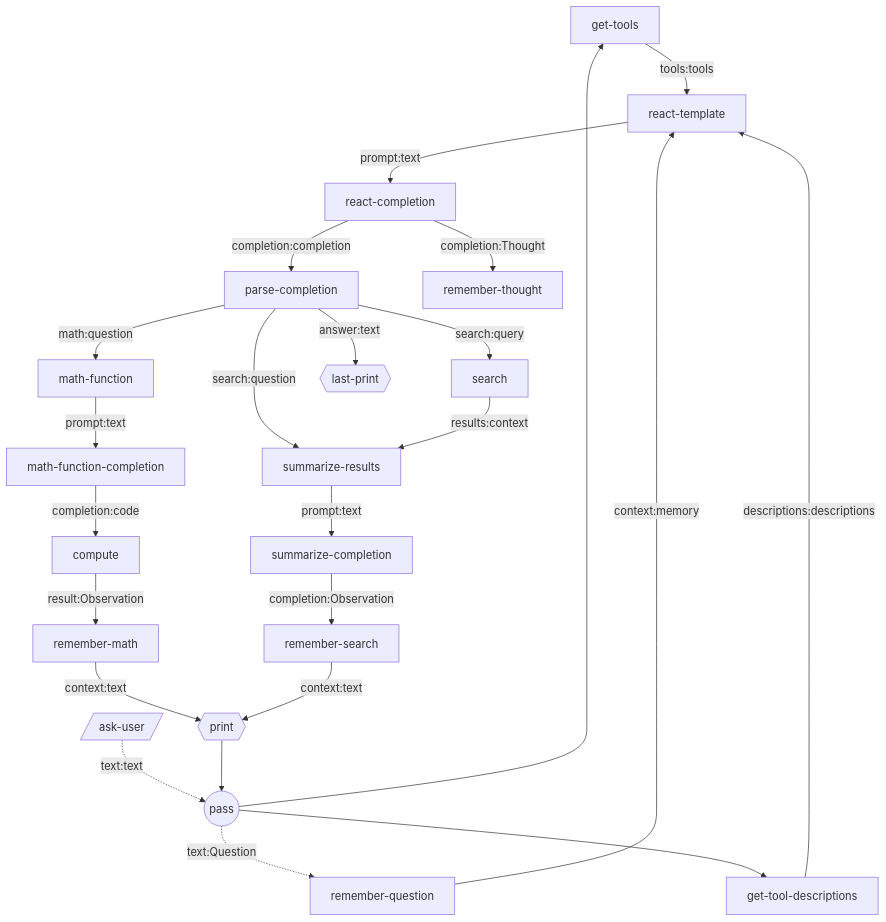
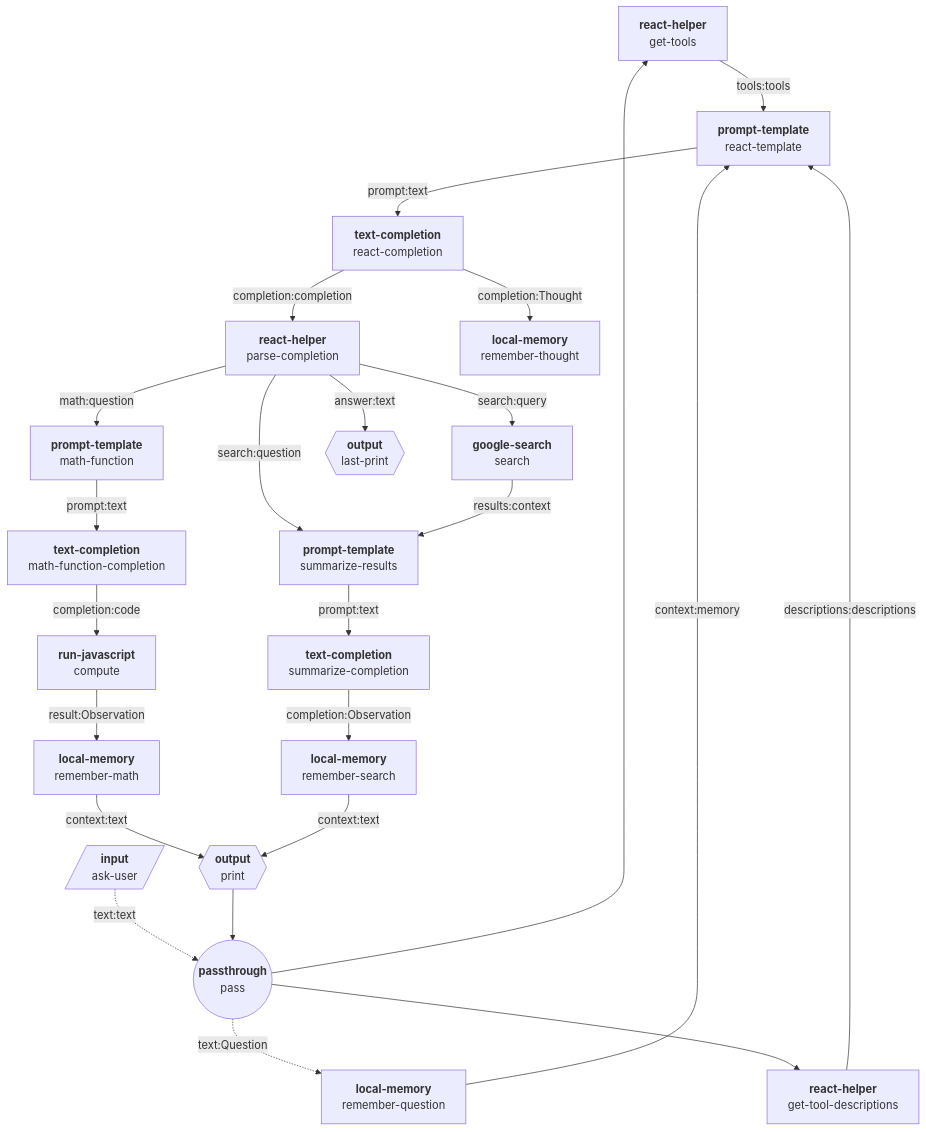
Before and after one commit to breadboard-ai/breadboard: the diagram in seeds/graph-playground/docs/graphs/react.md, drawn with Mermaid. The commit also changed 11 other files, not shown here.

Commit message:
[graph-playground] Show node types.

````diff
--- a/seeds/graph-playground/docs/graphs/react.md
+++ b/seeds/graph-playground/docs/graphs/react.md
@@ -4,26 +4,72 @@
 ```mermaid
 graph TD;
-get-tools -- tools:tools --> react-template
-get-tool-descriptions -- descriptions:descriptions --> react-template
-ask-user[/ask-user/] -. text:text .-> pass((pass))
-pass((pass)) --> get-tools
-pass((pass)) -. text:Question .-> remember-question
-remember-question -- context:memory --> react-template
-pass((pass)) --> get-tool-descriptions
-react-template -- prompt:text --> react-completion
-react-completion -- completion:completion --> parse-completion
-react-completion -- completion:Thought --> remember-thought
-parse-completion -- search:query --> search
-parse-completion -- math:question --> math-function
-parse-completion -- search:question --> summarize-results
-search -- results:context --> summarize-results
-summarize-results -- prompt:text --> summarize-completion
-math-function -- prompt:text --> math-function-completion
-math-function-completion -- completion:code --> compute
-compute -- result:Observation --> remember-math
-remember-math -- context:text --> print{{print}}
-summarize-completion -- completion:Observation --> remember-search
-remember-search -- context:text --> print{{print}}
-print{{print}} --> pass((pass))
-parse-completion -- answer:text --> last-print{{last-print}}
+get-tools["`**react-helper**
+get-tools`"] -- tools:tools --> react-template["`**prompt-template**
+react-template`"]
+get-tool-descriptions["`**react-helper**
+get-tool-descriptions`"] -- descriptions:descriptions --> react-template["`**prompt-template**
+react-template`"]
+ask-user[/"`**input**
+ask-user`"/]:::input -. text:text .-> pass(("`**passthrough**
+pass`")):::passthrough
+pass(("`**passthrough**
+pass`")):::passthrough --> get-tools["`**react-helper**
+get-tools`"]
+pass(("`**passthrough**
+pass`")):::passthrough -. text:Question .-> remember-question["`**local-memory**
+remember-question`"]
+remember-question["`**local-memory**
+remember-question`"] -- context:memory --> react-template["`**prompt-template**
+react-template`"]
+pass(("`**passthrough**
+pass`")):::passthrough --> get-tool-descriptions["`**react-helper**
+get-tool-descriptions`"]
+react-template["`**prompt-template**
+react-template`"] -- prompt:text --> react-completion["`**text-completion**
+react-completion`"]
+react-completion["`**text-completion**
+react-completion`"] -- completion:completion --> parse-completion["`**react-helper**
+parse-completion`"]
+react-completion["`**text-completion**
+react-completion`"] -- completion:Thought --> remember-thought["`**local-memory**
+remember-thought`"]
+parse-completion["`**react-helper**
+parse-completion`"] -- search:query --> search["`**google-search**
+search`"]
+parse-completion["`**react-helper**
+parse-completion`"] -- math:question --> math-function["`**prompt-template**
+math-function`"]
+parse-completion["`**react-helper**
+parse-completion`"] -- search:question --> summarize-results["`**prompt-template**
+summarize-results`"]
+search["`**google-search**
+search`"] -- results:context --> summarize-results["`**prompt-template**
+summarize-results`"]
+summarize-results["`**prompt-template**
+summarize-results`"] -- prompt:text --> summarize-completion["`**text-completion**
+summarize-completion`"]
+math-function["`**prompt-template**
+math-function`"] -- prompt:text --> math-function-completion["`**text-completion**
+math-function-completion`"]
+math-function-completion["`**text-completion**
+math-function-completion`"] -- completion:code --> compute["`**run-javascript**
+compute`"]
+compute["`**run-javascript**
+compute`"] -- result:Observation --> remember-math["`**local-memory**
+remember-math`"]
+remember-math["`**local-memory**
+remember-math`"] -- context:text --> print{{"`**output**
+print`"}}:::output
+summarize-completion["`**text-completion**
+summarize-completion`"] -- completion:Observation --> remember-search["`**local-memory**
+remember-search`"]
+remember-search["`**local-memory**
+remember-search`"] -- context:text --> print{{"`**output**
+print`"}}:::output
+print{{"`**output**
+print`"}}:::output --> pass(("`**passthrough**
+pass`")):::passthrough
+parse-completion["`**react-helper**
+parse-completion`"] -- answer:text --> last-print{{"`**output**
+last-print`"}}:::output
 ```
````
